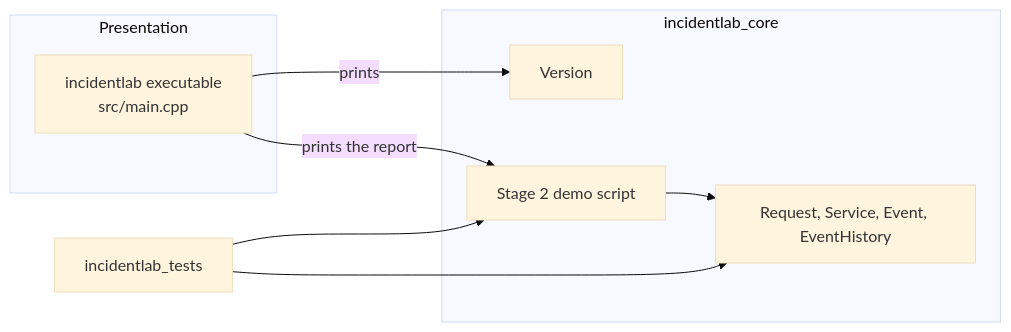
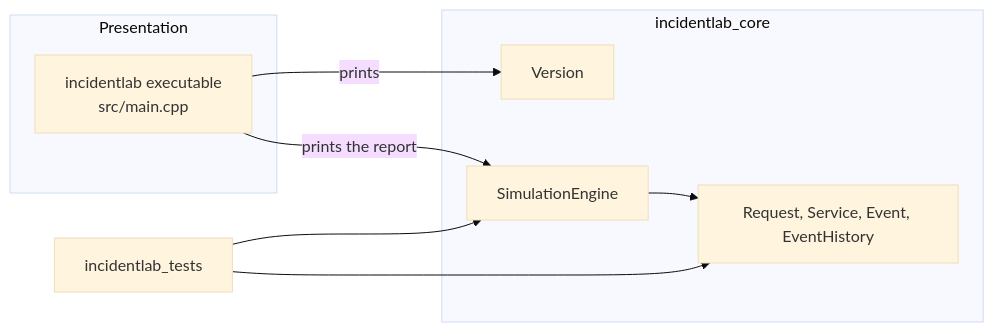
The first of 4 diagrams in docs/architecture.md (IG1234567/incidentLab), drawn with Mermaid (base theme) before and after one commit. The commit also changed other lines of this file and 15 other files, not shown here.

First line of the commit message:
Add a deterministic discrete-event simulation engine.

````diff
--- a/docs/architecture.md
+++ b/docs/architecture.md
@@ -9,20 +9,20 @@
 ```mermaid
 flowchart LR
     subgraph presentation [Presentation]
         App["incidentlab executable<br/>src/main.cpp"]
     end
 
     subgraph core [incidentlab_core]
         Version["Version"]
-        Demo["Stage 2 demo script"]
+        Engine["SimulationEngine"]
         Domain["Request, Service, Event, EventHistory"]
     end
 
     Tests["incidentlab_tests"]
 
     App -->|"prints"| Version
-    App -->|"prints the report"| Demo
-    Demo --> Domain
+    App -->|"prints the report"| Engine
+    Engine --> Domain
     Tests --> Domain
-    Tests --> Demo
+    Tests --> Engine
 ```
````
